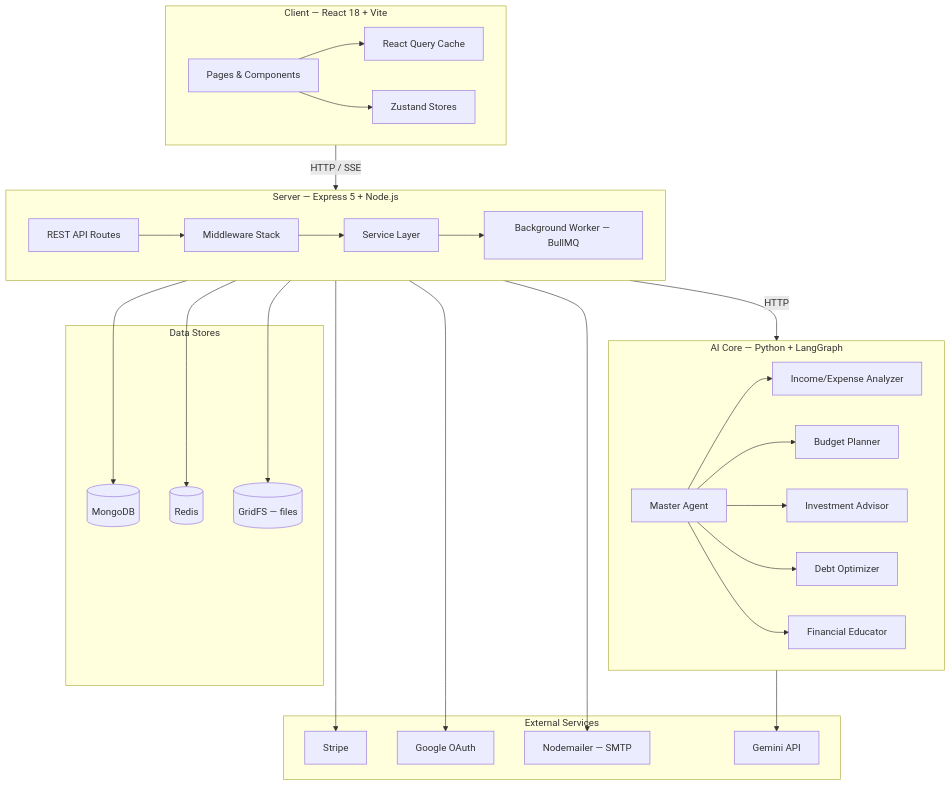
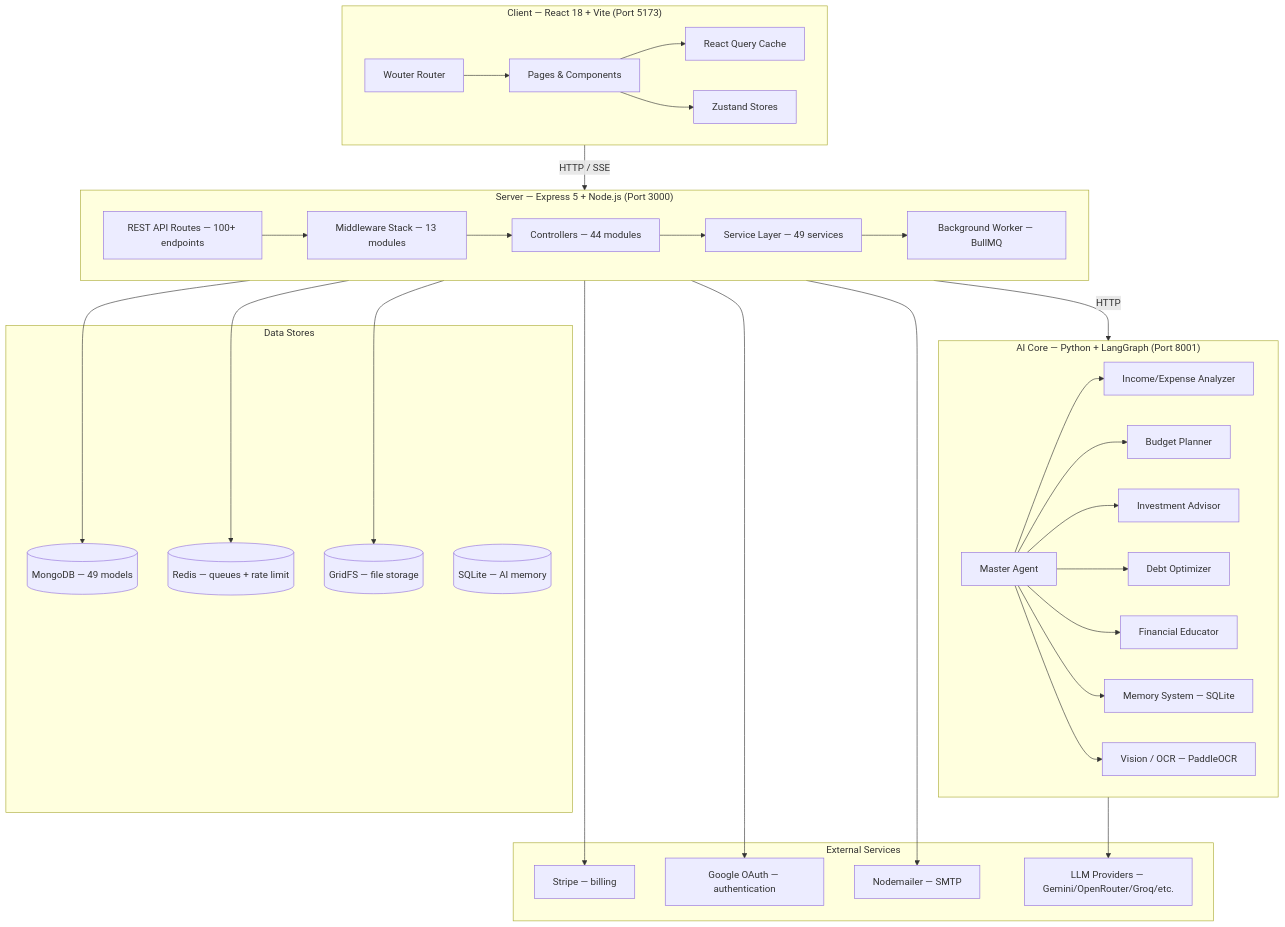
One commit to Ganesh172919/personal-finance changed the first of 2 diagrams in docs/ARCHITECTURE.md. Above: the diagram before and after it, drawn with Mermaid. The commit also changed other lines of this file and 34 other files, not shown here.

````diff
--- a/docs/ARCHITECTURE.md
+++ b/docs/ARCHITECTURE.md
@@ -21,48 +21,56 @@
 ```mermaid
 flowchart TB
-    subgraph Client["Client — React 18 + Vite"]
+    subgraph Client["Client — React 18 + Vite (Port 5173)"]
         UI[Pages & Components]
         RQ[React Query Cache]
         ZS[Zustand Stores]
+        Wouter[Wouter Router]
         UI --> RQ
         UI --> ZS
+        Wouter --> UI
     end
 
-    subgraph Server["Server — Express 5 + Node.js"]
-        API[REST API Routes]
-        MW[Middleware Stack]
-        SVC[Service Layer]
+    subgraph Server["Server — Express 5 + Node.js (Port 3000)"]
+        API[REST API Routes — 100+ endpoints]
+        MW[Middleware Stack — 13 modules]
+        CTL[Controllers — 44 modules]
+        SVC[Service Layer — 49 services]
         WK[Background Worker — BullMQ]
-        API --> MW --> SVC
+        API --> MW --> CTL --> SVC
         SVC --> WK
     end
 
-    subgraph AI["AI Core — Python + LangGraph"]
+    subgraph AI["AI Core — Python + LangGraph (Port 8001)"]
         MA[Master Agent]
         SA1[Income/Expense Analyzer]
         SA2[Budget Planner]
         SA3[Investment Advisor]
         SA4[Debt Optimizer]
         SA5[Financial Educator]
+        MEM[Memory System — SQLite]
+        VIS[Vision / OCR — PaddleOCR]
         MA --> SA1 & SA2 & SA3 & SA4 & SA5
+        MA --> MEM
+        MA --> VIS
     end
 
     subgraph Data["Data Stores"]
-        MDB[(MongoDB)]
-        RD[(Redis)]
-        GFS[(GridFS — files)]
+        MDB[(MongoDB — 49 models)]
+        RD[(Redis — queues + rate limit)]
+        GFS[(GridFS — file storage)]
+        SQL[(SQLite — AI memory)]
     end
 
     subgraph External["External Services"]
-        STR[Stripe]
-        GM[Google OAuth]
+        STR[Stripe — billing]
+        GM[Google OAuth — authentication]
         NM[Nodemailer — SMTP]
-        GEM[Gemini API]
+        LLM[LLM Providers — Gemini/OpenRouter/Groq/etc.]
     end
 
     Client -- "HTTP / SSE" --> Server
     Server -- "HTTP" --> AI
     Server --> MDB & RD & GFS
     Server --> STR & GM & NM
-    AI --> GEM
+    AI --> LLM
 ```
````
